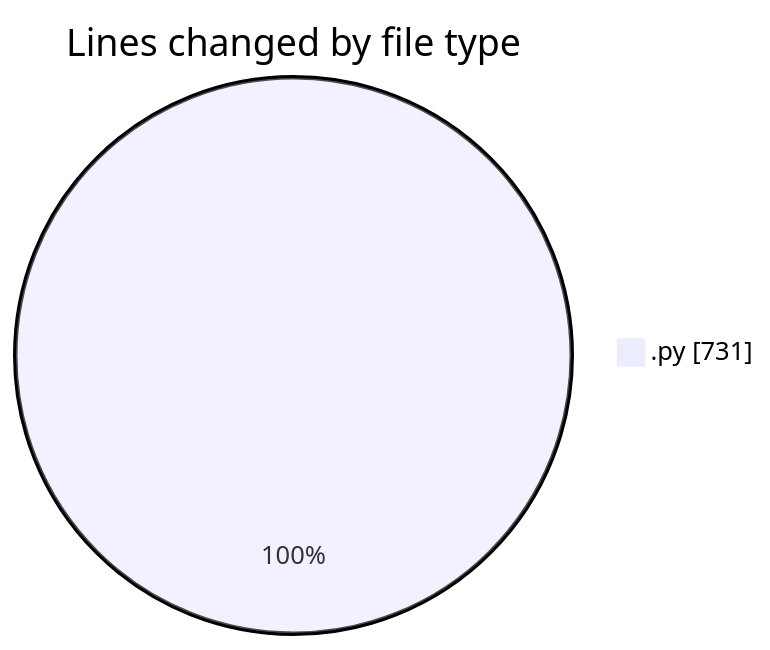
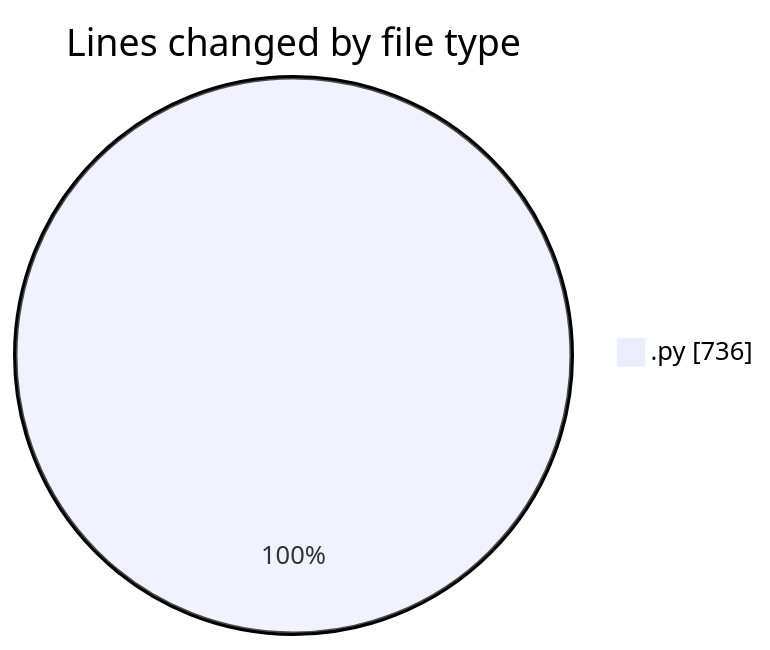
The first of 2 diagrams in 2025-10-22/eventscop-api-guide__workspace_/README.md (julien-gomy/code-tracking), drawn with Mermaid before and after one commit. The commit also changed other lines of this file and 1 other file, not shown here.

````diff
--- a/2025-10-22/eventscop-api-guide__workspace_/README.md
+++ b/2025-10-22/eventscop-api-guide__workspace_/README.md
@@ -33,5 +34,5 @@
 ```mermaid
 pie showData
 title Lines changed by file type
-".py" : 731
+".py" : 736
 ```
````
